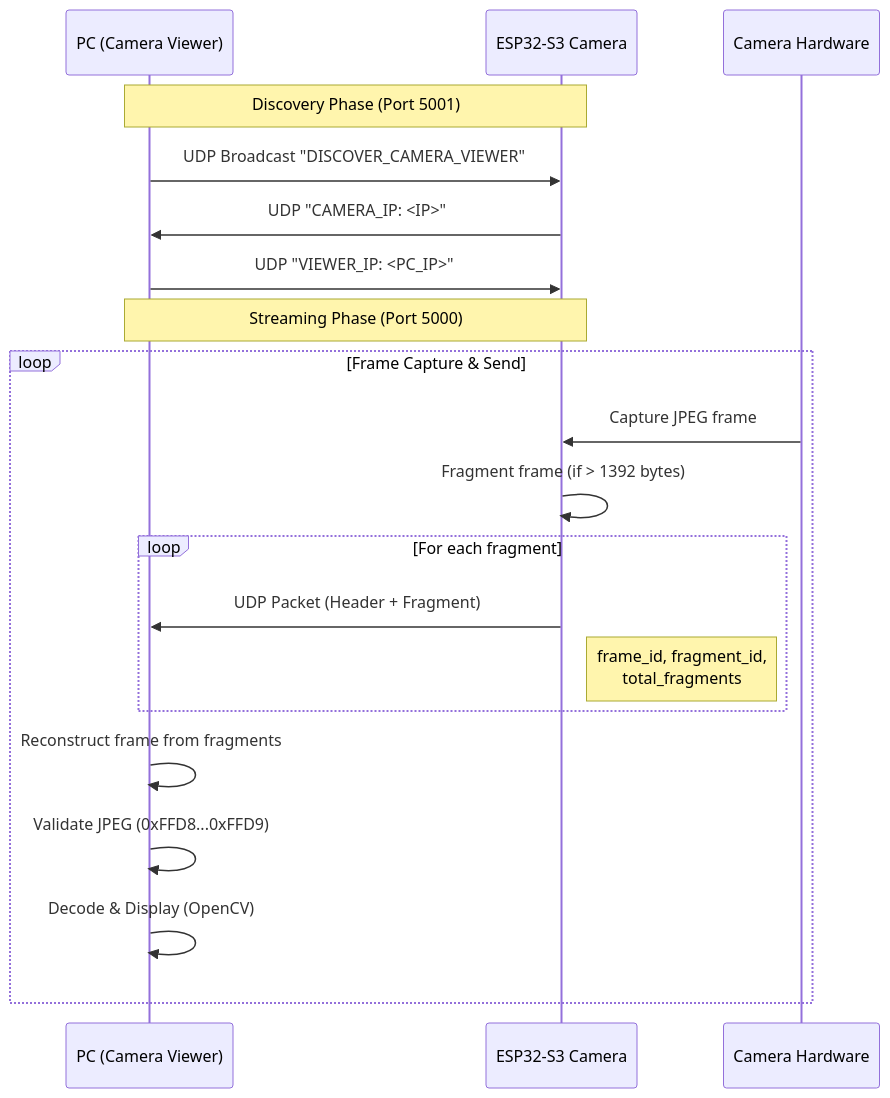
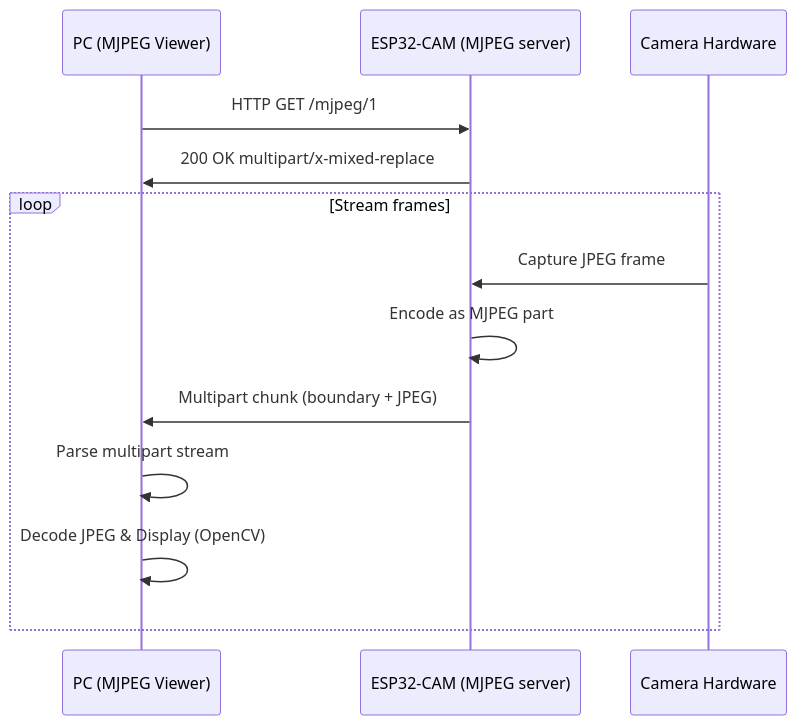
Before and after one commit to Yaniv23/final-project-gesture-car: diagram 13 of 18 in docs/architecture.md, drawn with Mermaid. The commit also changed other lines of this file and 20 other files, not shown here.

````diff
--- a/docs/architecture.md
+++ b/docs/architecture.md
@@ -614,24 +607,17 @@
 ```mermaid
 sequenceDiagram
-    participant PC as PC (Camera Viewer)
-    participant ESP32 as ESP32-S3 Camera
+    participant PC as PC (MJPEG Viewer)
+    participant ESP32 as ESP32-CAM (MJPEG server)
     participant Camera as Camera Hardware
     
-    Note over PC,ESP32: Discovery Phase (Port 5001)
-    PC->>ESP32: UDP Broadcast "DISCOVER_CAMERA_VIEWER"
-    ESP32->>PC: UDP "CAMERA_IP: <IP>"
-    PC->>ESP32: UDP "VIEWER_IP: <PC_IP>"
+    PC->>ESP32: HTTP GET /mjpeg/1
+    ESP32->>PC: 200 OK multipart/x-mixed-replace
     
-    Note over PC,ESP32: Streaming Phase (Port 5000)
-    loop Frame Capture & Send
+    loop Stream frames
         Camera->>ESP32: Capture JPEG frame
-        ESP32->>ESP32: Fragment frame (if > 1392 bytes)
-        loop For each fragment
-            ESP32->>PC: UDP Packet (Header + Fragment)
-            Note right of ESP32: frame_id, fragment_id,<br/>total_fragments
-        end
-        PC->>PC: Reconstruct frame from fragments
-        PC->>PC: Validate JPEG (0xFFD8...0xFFD9)
-        PC->>PC: Decode & Display (OpenCV)
+        ESP32->>ESP32: Encode as MJPEG part
+        ESP32->>PC: Multipart chunk (boundary + JPEG)
+        PC->>PC: Parse multipart stream
+        PC->>PC: Decode JPEG & Display (OpenCV)
     end
 ```
````
